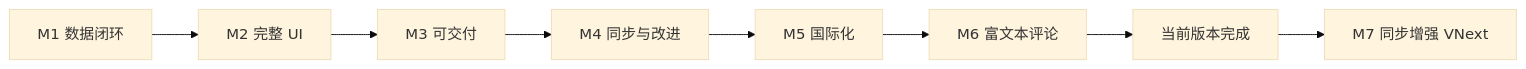
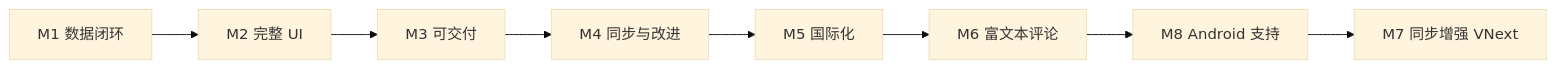
The first of 2 diagrams in docs/MILESTONES.md (nickdu2009/projex), drawn with Mermaid (base theme) before and after one commit. The commit also changed other lines of this file and 2 other files, not shown here.

First line of the commit message:
docs: update docs to reflect Android support and mobile UI adaptation

````diff
--- a/docs/MILESTONES.md
+++ b/docs/MILESTONES.md
@@ -9,10 +9,10 @@
 ```mermaid
 flowchart LR
   M1[M1 数据闭环] --> M2[M2 完整 UI]
   M2 --> M3[M3 可交付]
   M3 --> M4[M4 同步与改进]
   M4 --> M5[M5 国际化]
   M5 --> M6[M6 富文本评论]
-  M6 --> DONE[当前版本完成]
-  DONE --> M7[M7 同步增强 VNext]
+  M6 --> M8[M8 Android 支持]
+  M8 --> M7[M7 同步增强 VNext]
 ```
````
